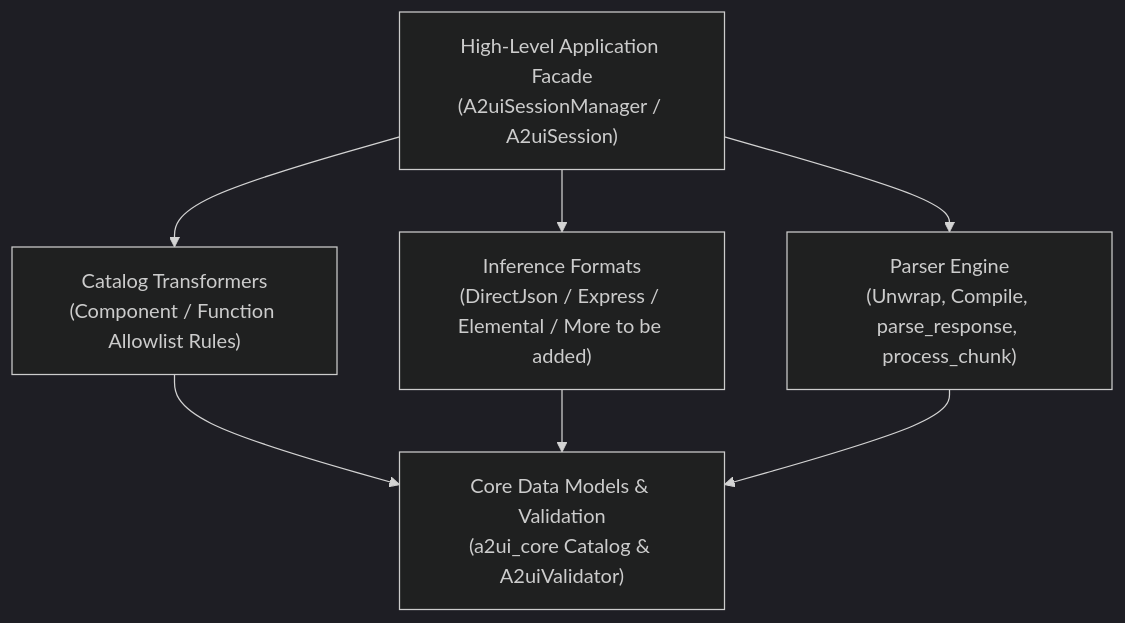
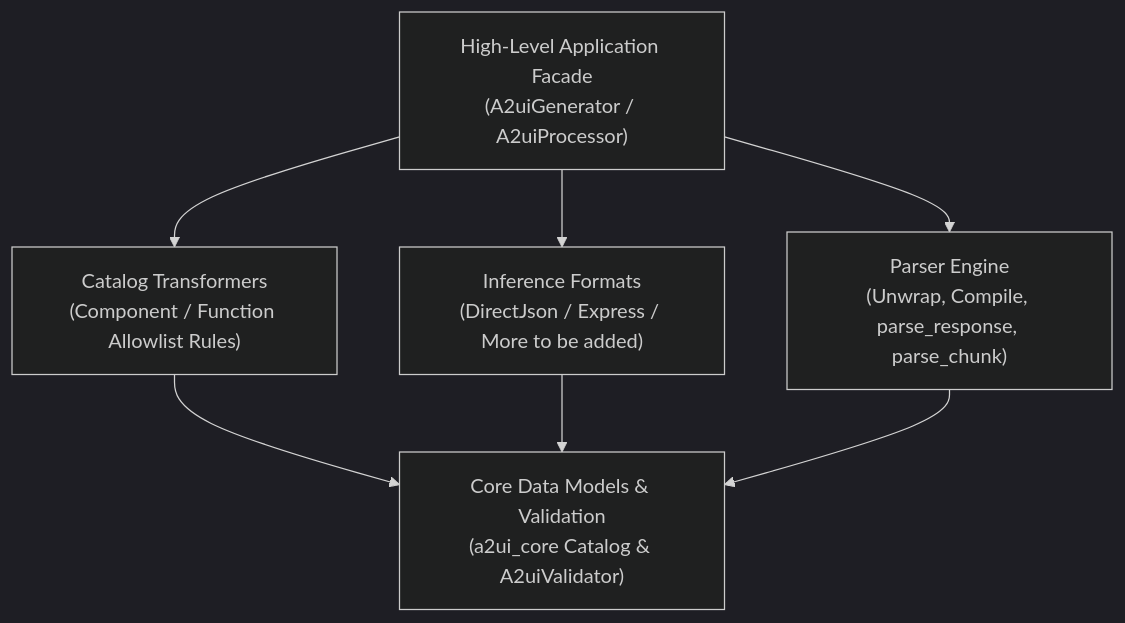
Before and after one commit to a2ui-project/a2ui: the diagram in blueprints/modules/a2ui_agent.blueprint.md, drawn with Mermaid (dark theme). The commit also changed other lines of this file and 1 other file, not shown here.

````diff
--- a/blueprints/modules/a2ui_agent.blueprint.md
+++ b/blueprints/modules/a2ui_agent.blueprint.md
@@ -28,15 +28,15 @@
 ```mermaid
 graph TD
-    Facade["High-Level Application Facade<br/>(A2uiSessionManager / A2uiSession)"]
+    Facade["High-Level Application Facade<br/>(A2uiGenerator / A2uiProcessor)"]
     Transformers["Catalog Transformers<br/>(Component / Function Allowlist Rules)"]
-    Formats["Inference Formats<br/>(DirectJson / Express / Elemental / More to be added)"]
-    Parsers["Parser Engine<br/>(Unwrap, Compile, parse_response, process_chunk)"]
+    Formats["Inference Formats<br/>(DirectJson / Express / More to be added)"]
+    Parsers["Parser Engine<br/>(Unwrap, Compile, parse_response, parse_chunk)"]
     CoreModels["Core Data Models & Validation<br/>(a2ui_core Catalog & A2uiValidator)"]
 
     Facade --> Transformers
     Facade --> Formats
     Facade --> Parsers
     Transformers --> CoreModels
     Formats --> CoreModels
     Parsers --> CoreModels
 ```
````
